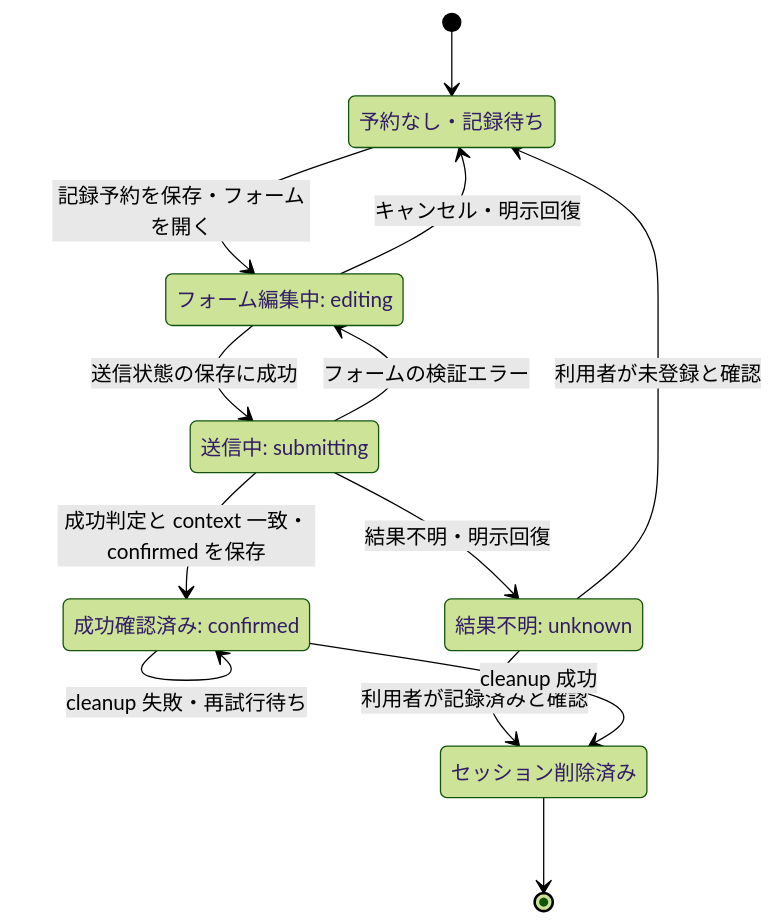
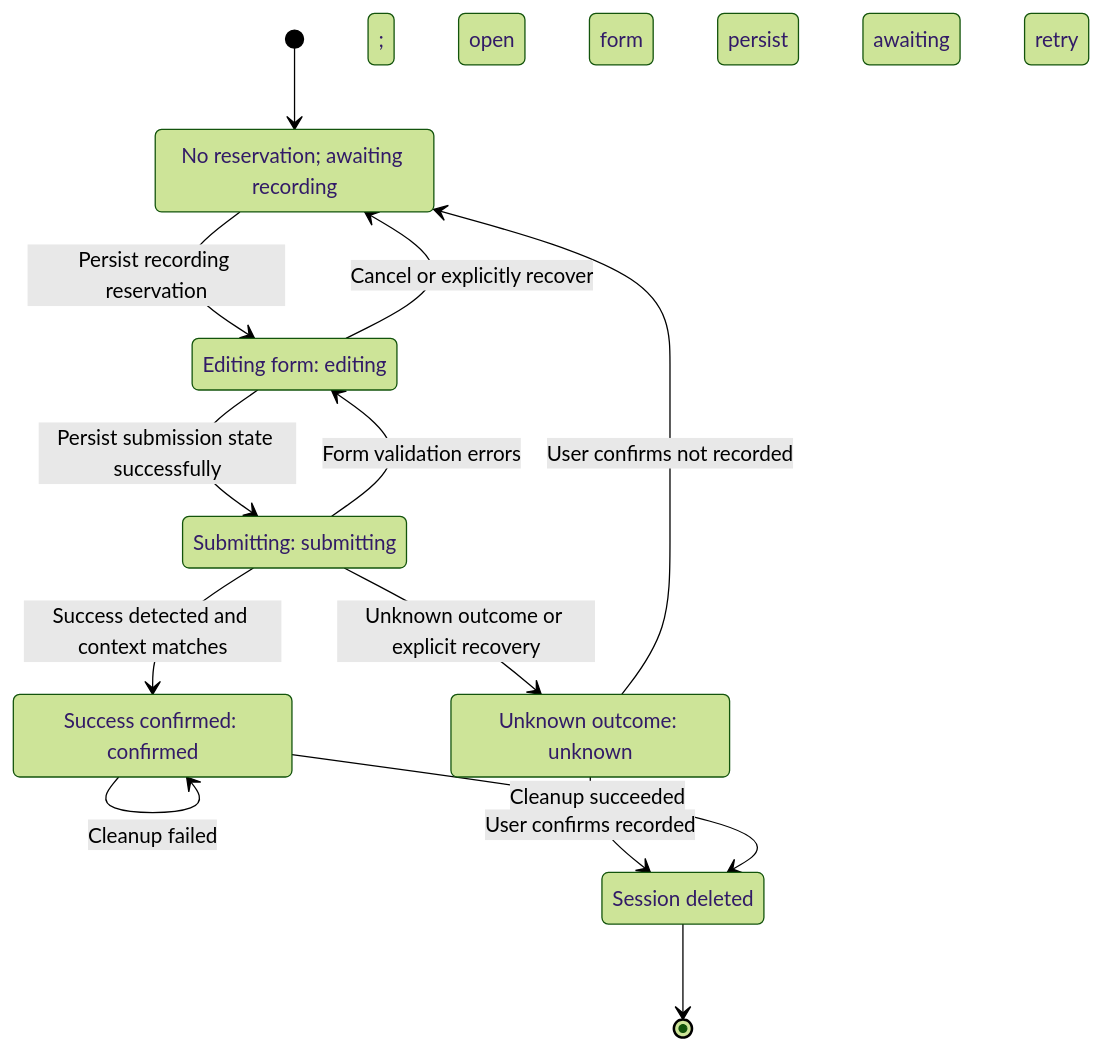
Before and after one commit to tiohsa/redmine_canvas_gantt: the third of 4 diagrams in docs/architecture/timer-session-architecture.md, drawn with Mermaid (forest theme). The commit also changed other lines of this file and 15 other files, not shown here.

````diff
--- a/docs/architecture/timer-session-architecture.md
+++ b/docs/architecture/timer-session-architecture.md
@@ -96,22 +104,22 @@
 ```mermaid
 stateDiagram-v2
-    state "予約なし・記録待ち" as noAttempt
-    state "フォーム編集中: editing" as editing
-    state "送信中: submitting" as submitting
-    state "成功確認済み: confirmed" as confirmed
-    state "結果不明: unknown" as unknown
-    state "セッション削除済み" as removed
+    state "No reservation; awaiting recording" as noAttempt
+    state "Editing form: editing" as editing
+    state "Submitting: submitting" as submitting
+    state "Success confirmed: confirmed" as confirmed
+    state "Unknown outcome: unknown" as unknown
+    state "Session deleted" as removed
 
     [*] --> noAttempt
-    noAttempt --> editing: 記録予約を保存・フォームを開く
-    editing --> noAttempt: キャンセル・明示回復
-    editing --> submitting: 送信状態の保存に成功
-    submitting --> editing: フォームの検証エラー
-    submitting --> confirmed: 成功判定と context 一致・confirmed を保存
-    submitting --> unknown: 結果不明・明示回復
-    unknown --> noAttempt: 利用者が未登録と確認
-    unknown --> removed: 利用者が記録済みと確認
-    confirmed --> confirmed: cleanup 失敗・再試行待ち
-    confirmed --> removed: cleanup 成功
+    noAttempt --> editing: Persist recording reservation; open form
+    editing --> noAttempt: Cancel or explicitly recover
+    editing --> submitting: Persist submission state successfully
+    submitting --> editing: Form validation errors
+    submitting --> confirmed: Success detected and context matches; persist confirmed
+    submitting --> unknown: Unknown outcome or explicit recovery
+    unknown --> noAttempt: User confirms not recorded
+    unknown --> removed: User confirms recorded
+    confirmed --> confirmed: Cleanup failed; awaiting retry
+    confirmed --> removed: Cleanup succeeded
     removed --> [*]
 ```
````
